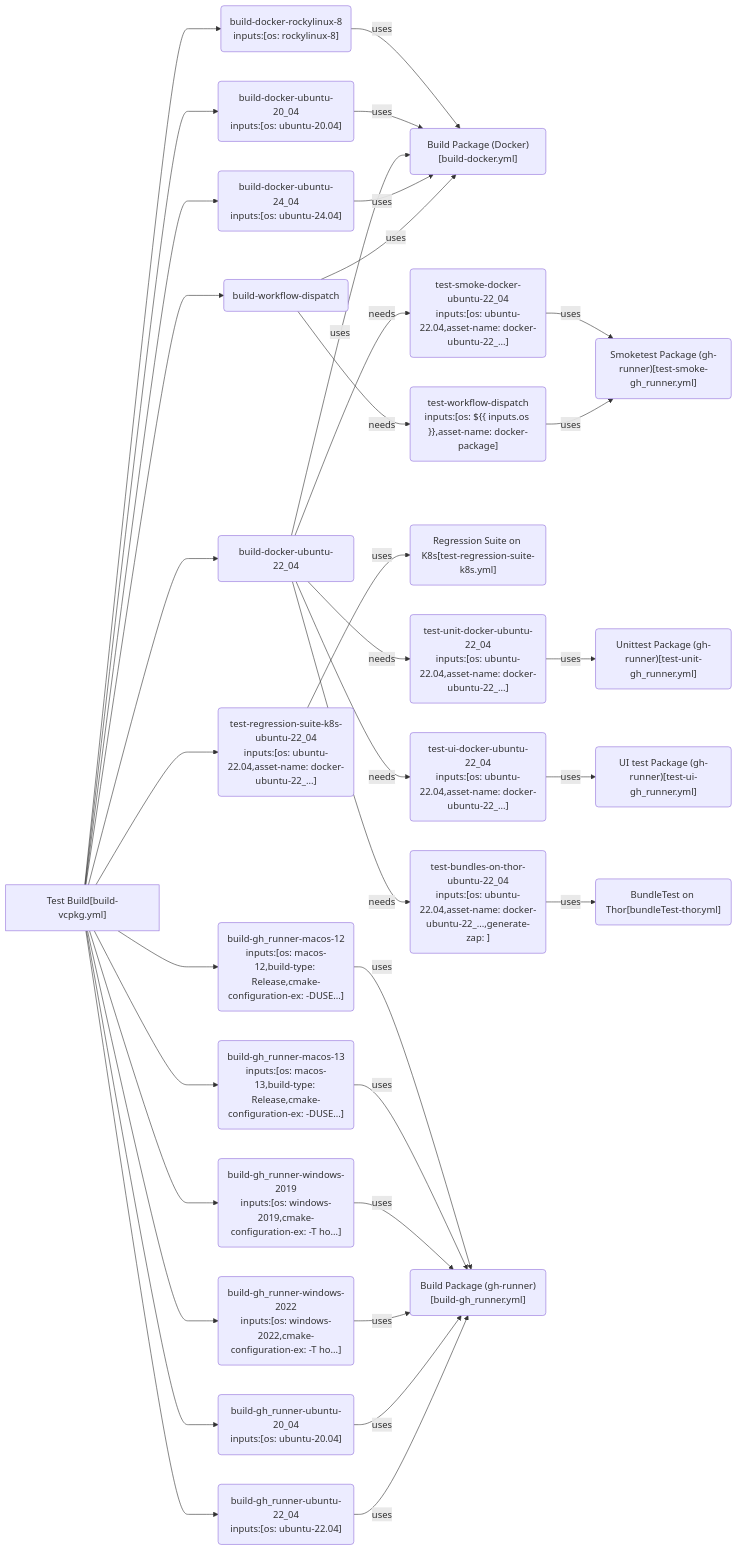
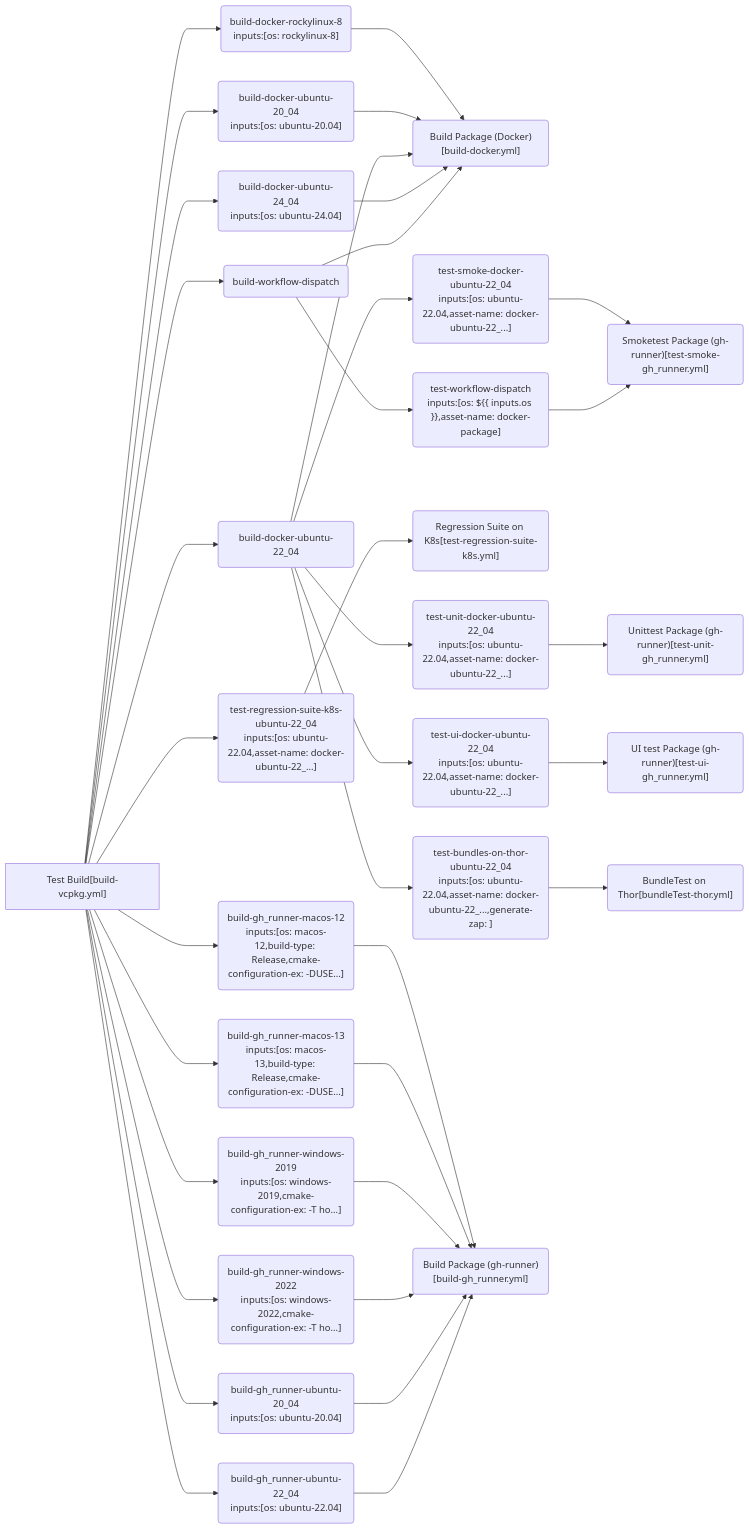
Before and after one commit to hpcc-systems/HPCC-Platform: diagram 17 of 27 in .github/workflows/ActionFlow.md, drawn with Mermaid. The commit also changed other lines of this file, not shown here.

Commit message:
Remove uses and needs path-labels

````diff
--- a/.github/workflows/ActionFlow.md
+++ b/.github/workflows/ActionFlow.md
@@ -145,57 +145,57 @@
 ```mermaid
 
 flowchart LR
 
   TEST_BUILD["Test Build[build-vcpkg.yml]"] ---> build-workflow-dispatch(build-workflow-dispatch)
   build-workflow-dispatch("build-workflow-dispatch
-inputs:[os: ${{ inputs.os }},ln: ${{ inputs.ln }},upload-package: true,asset-name: docker-package]") --uses--> build-docker.yml("Build Package (Docker)[build-docker.yml]")
-  build-workflow-dispatch(build-workflow-dispatch) --needs--> test-workflow-dispatch(test-workflow-dispatch)
+inputs:[os: ${{ inputs.os }},ln: ${{ inputs.ln }},upload-package: true,asset-name: docker-package]") ---> build-docker.yml("Build Package (Docker)[build-docker.yml]")
+  build-workflow-dispatch(build-workflow-dispatch) ---> test-workflow-dispatch(test-workflow-dispatch)
   test-workflow-dispatch("test-workflow-dispatch
-inputs:[os: ${{ inputs.os }},asset-name: docker-package]") --uses--> test-smoke-gh_runner.yml("Smoketest Package (gh-runner)[test-smoke-gh_runner.yml]")
+inputs:[os: ${{ inputs.os }},asset-name: docker-package]") ---> test-smoke-gh_runner.yml("Smoketest Package (gh-runner)[test-smoke-gh_runner.yml]")
   TEST_BUILD["Test Build[build-vcpkg.yml]"] ---> build-docker-ubuntu-24_04(build-docker-ubuntu-24_04)
   build-docker-ubuntu-24_04("build-docker-ubuntu-24_04
-inputs:[os: ubuntu-24.04]") --uses--> build-docker.yml("Build Package (Docker)[build-docker.yml]")
+inputs:[os: ubuntu-24.04]") ---> build-docker.yml("Build Package (Docker)[build-docker.yml]")
   TEST_BUILD["Test Build[build-vcpkg.yml]"] ---> build-docker-ubuntu-22_04(build-docker-ubuntu-22_04)
   build-docker-ubuntu-22_04("build-docker-ubuntu-22_04
-inputs:[os: ubuntu-22.04,upload-package: true,asset-name: docker-ubuntu-22_...]") --uses--> build-docker.yml("Build Package (Docker)[build-docker.yml]")
-  build-docker-ubuntu-22_04(build-docker-ubuntu-22_04) --needs--> test-smoke-docker-ubuntu-22_04(test-smoke-docker-ubuntu-22_04)
+inputs:[os: ubuntu-22.04,upload-package: true,asset-name: docker-ubuntu-22_...]") ---> build-docker.yml("Build Package (Docker)[build-docker.yml]")
+  build-docker-ubuntu-22_04(build-docker-ubuntu-22_04) ---> test-smoke-docker-ubuntu-22_04(test-smoke-docker-ubuntu-22_04)
   test-smoke-docker-ubuntu-22_04("test-smoke-docker-ubuntu-22_04
-inputs:[os: ubuntu-22.04,asset-name: docker-ubuntu-22_...]") --uses--> test-smoke-gh_runner.yml("Smoketest Package (gh-runner)[test-smoke-gh_runner.yml]")
+inputs:[os: ubuntu-22.04,asset-name: docker-ubuntu-22_...]") ---> test-smoke-gh_runner.yml("Smoketest Package (gh-runner)[test-smoke-gh_runner.yml]")
   TEST_BUILD["Test Build[build-vcpkg.yml]"] ---> test-regression-suite-k8s-ubuntu-22_04(test-regression-suite-k8s-ubuntu-22_04)
   test-regression-suite-k8s-ubuntu-22_04("test-regression-suite-k8s-ubuntu-22_04
-inputs:[os: ubuntu-22.04,asset-name: docker-ubuntu-22_...]") --uses--> test-regression-suite-k8s.yml("Regression Suite on K8s[test-regression-suite-k8s.yml]")
-  build-docker-ubuntu-22_04(build-docker-ubuntu-22_04) --needs--> test-unit-docker-ubuntu-22_04(test-unit-docker-ubuntu-22_04)
+inputs:[os: ubuntu-22.04,asset-name: docker-ubuntu-22_...]") ---> test-regression-suite-k8s.yml("Regression Suite on K8s[test-regression-suite-k8s.yml]")
+  build-docker-ubuntu-22_04(build-docker-ubuntu-22_04) ---> test-unit-docker-ubuntu-22_04(test-unit-docker-ubuntu-22_04)
   test-unit-docker-ubuntu-22_04("test-unit-docker-ubuntu-22_04
-inputs:[os: ubuntu-22.04,asset-name: docker-ubuntu-22_...]") --uses--> test-unit-gh_runner.yml("Unittest Package (gh-runner)[test-unit-gh_runner.yml]")
-  build-docker-ubuntu-22_04(build-docker-ubuntu-22_04) --needs--> test-ui-docker-ubuntu-22_04(test-ui-docker-ubuntu-22_04)
+inputs:[os: ubuntu-22.04,asset-name: docker-ubuntu-22_...]") ---> test-unit-gh_runner.yml("Unittest Package (gh-runner)[test-unit-gh_runner.yml]")
+  build-docker-ubuntu-22_04(build-docker-ubuntu-22_04) ---> test-ui-docker-ubuntu-22_04(test-ui-docker-ubuntu-22_04)
   test-ui-docker-ubuntu-22_04("test-ui-docker-ubuntu-22_04
-inputs:[os: ubuntu-22.04,asset-name: docker-ubuntu-22_...]") --uses--> test-ui-gh_runner.yml("UI test Package (gh-runner)[test-ui-gh_runner.yml]")
-  build-docker-ubuntu-22_04(build-docker-ubuntu-22_04) --needs--> test-bundles-on-thor-ubuntu-22_04(test-bundles-on-thor-ubuntu-22_04)
+inputs:[os: ubuntu-22.04,asset-name: docker-ubuntu-22_...]") ---> test-ui-gh_runner.yml("UI test Package (gh-runner)[test-ui-gh_runner.yml]")
+  build-docker-ubuntu-22_04(build-docker-ubuntu-22_04) ---> test-bundles-on-thor-ubuntu-22_04(test-bundles-on-thor-ubuntu-22_04)
   test-bundles-on-thor-ubuntu-22_04("test-bundles-on-thor-ubuntu-22_04
-inputs:[os: ubuntu-22.04,asset-name: docker-ubuntu-22_...,generate-zap: ]") --uses--> bundleTest-thor.yml("BundleTest on Thor[bundleTest-thor.yml]")
+inputs:[os: ubuntu-22.04,asset-name: docker-ubuntu-22_...,generate-zap: ]") ---> bundleTest-thor.yml("BundleTest on Thor[bundleTest-thor.yml]")
   TEST_BUILD["Test Build[build-vcpkg.yml]"] ---> build-docker-ubuntu-20_04(build-docker-ubuntu-20_04)
   build-docker-ubuntu-20_04("build-docker-ubuntu-20_04
-inputs:[os: ubuntu-20.04]") --uses--> build-docker.yml("Build Package (Docker)[build-docker.yml]")
+inputs:[os: ubuntu-20.04]") ---> build-docker.yml("Build Package (Docker)[build-docker.yml]")
   TEST_BUILD["Test Build[build-vcpkg.yml]"] ---> build-docker-rockylinux-8(build-docker-rockylinux-8)
   build-docker-rockylinux-8("build-docker-rockylinux-8
-inputs:[os: rockylinux-8]") --uses--> build-docker.yml("Build Package (Docker)[build-docker.yml]")
+inputs:[os: rockylinux-8]") ---> build-docker.yml("Build Package (Docker)[build-docker.yml]")
   TEST_BUILD["Test Build[build-vcpkg.yml]"] ---> build-gh_runner-ubuntu-22_04(build-gh_runner-ubuntu-22_04)
   build-gh_runner-ubuntu-22_04("build-gh_runner-ubuntu-22_04
-inputs:[os: ubuntu-22.04]") --uses--> build-gh_runner.yml("Build Package (gh-runner)[build-gh_runner.yml]")
+inputs:[os: ubuntu-22.04]") ---> build-gh_runner.yml("Build Package (gh-runner)[build-gh_runner.yml]")
   TEST_BUILD["Test Build[build-vcpkg.yml]"] ---> build-gh_runner-ubuntu-20_04(build-gh_runner-ubuntu-20_04)
   build-gh_runner-ubuntu-20_04("build-gh_runner-ubuntu-20_04
-inputs:[os: ubuntu-20.04]") --uses--> build-gh_runner.yml("Build Package (gh-runner)[build-gh_runner.yml]")
+inputs:[os: ubuntu-20.04]") ---> build-gh_runner.yml("Build Package (gh-runner)[build-gh_runner.yml]")
   TEST_BUILD["Test Build[build-vcpkg.yml]"] ---> build-gh_runner-windows-2022(build-gh_runner-windows-2022)
   build-gh_runner-windows-2022("build-gh_runner-windows-2022
-inputs:[os: windows-2022,cmake-configuration-ex: -T ho...]") --uses--> build-gh_runner.yml("Build Package (gh-runner)[build-gh_runner.yml]")
+inputs:[os: windows-2022,cmake-configuration-ex: -T ho...]") ---> build-gh_runner.yml("Build Package (gh-runner)[build-gh_runner.yml]")
   TEST_BUILD["Test Build[build-vcpkg.yml]"] ---> build-gh_runner-windows-2019(build-gh_runner-windows-2019)
   build-gh_runner-windows-2019("build-gh_runner-windows-2019
-inputs:[os: windows-2019,cmake-configuration-ex: -T ho...]") --uses--> build-gh_runner.yml("Build Package (gh-runner)[build-gh_runner.yml]")
+inputs:[os: windows-2019,cmake-configuration-ex: -T ho...]") ---> build-gh_runner.yml("Build Package (gh-runner)[build-gh_runner.yml]")
   TEST_BUILD["Test Build[build-vcpkg.yml]"] ---> build-gh_runner-macos-13(build-gh_runner-macos-13)
   build-gh_runner-macos-13("build-gh_runner-macos-13
-inputs:[os: macos-13,build-type: Release,cmake-configuration-ex: -DUSE...]") --uses--> build-gh_runner.yml("Build Package (gh-runner)[build-gh_runner.yml]")
+inputs:[os: macos-13,build-type: Release,cmake-configuration-ex: -DUSE...]") ---> build-gh_runner.yml("Build Package (gh-runner)[build-gh_runner.yml]")
   TEST_BUILD["Test Build[build-vcpkg.yml]"] ---> build-gh_runner-macos-12(build-gh_runner-macos-12)
   build-gh_runner-macos-12("build-gh_runner-macos-12
-inputs:[os: macos-12,build-type: Release,cmake-configuration-ex: -DUSE...]") --uses--> build-gh_runner.yml("Build Package (gh-runner)[build-gh_runner.yml]")
+inputs:[os: macos-12,build-type: Release,cmake-configuration-ex: -DUSE...]") ---> build-gh_runner.yml("Build Package (gh-runner)[build-gh_runner.yml]")
 
 ```
````
